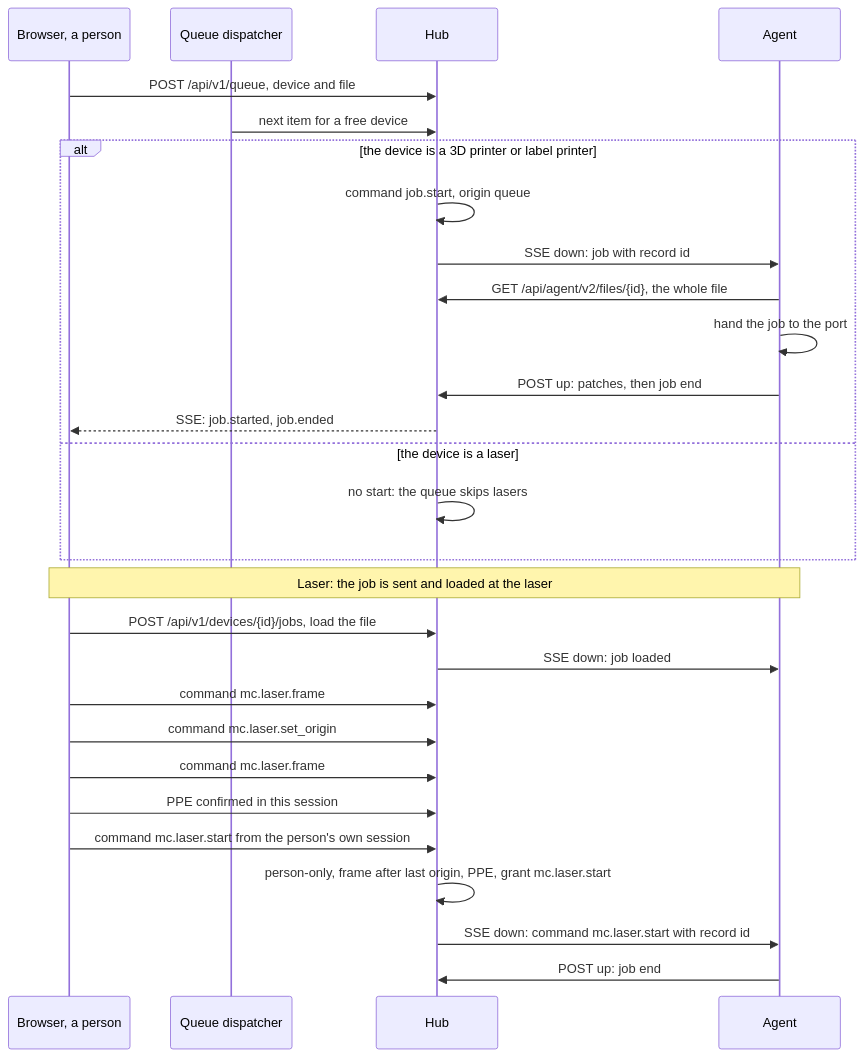
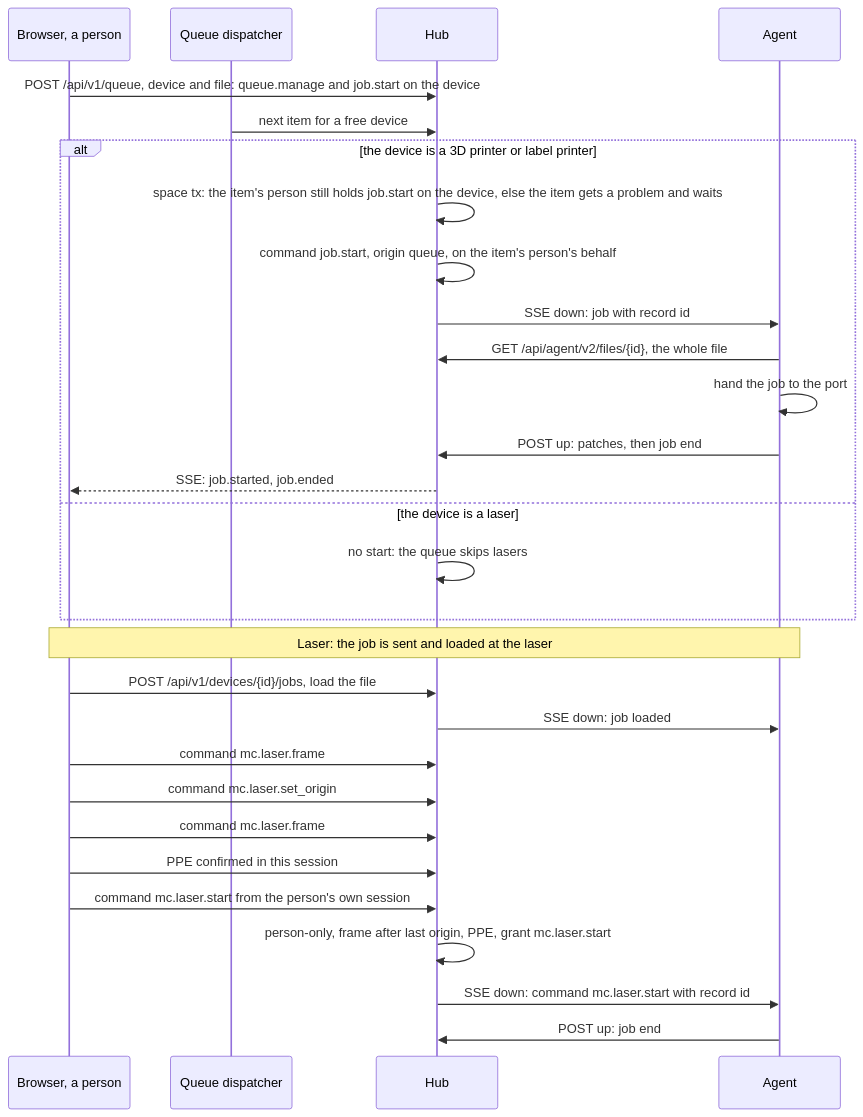
One commit to CuriousTimo/Maker-Connect changed the fourth of 9 diagrams in docs/design/flows.md. Above: the diagram before and after it, drawn with Mermaid. The commit also changed other lines of this file and 6 other files, not shown here.

````diff
--- a/docs/design/flows.md
+++ b/docs/design/flows.md
@@ -120,30 +126,31 @@
 ```mermaid
 sequenceDiagram
   participant B as Browser, a person
   participant Q as Queue dispatcher
   participant H as Hub
   participant A as Agent
-  B->>H: POST /api/v1/queue, device and file
+  B->>H: POST /api/v1/queue, device and file: queue.manage and job.start on the device
   Q->>H: next item for a free device
   alt the device is a 3D printer or label printer
-    H->>H: command job.start, origin queue
+    H->>H: space tx: the item's person still holds job.start on the device, else the item gets a problem and waits
+    H->>H: command job.start, origin queue, on the item's person's behalf
     H->>A: SSE down: job with record id
     A->>H: GET /api/agent/v2/files/{id}, the whole file
     A->>A: hand the job to the port
     A->>H: POST up: patches, then job end
     H-->>B: SSE: job.started, job.ended
   else the device is a laser
     H->>H: no start: the queue skips lasers
   end
   Note over B,A: Laser: the job is sent and loaded at the laser
   B->>H: POST /api/v1/devices/{id}/jobs, load the file
   H->>A: SSE down: job loaded
   B->>H: command mc.laser.frame
   B->>H: command mc.laser.set_origin
   B->>H: command mc.laser.frame
   B->>H: PPE confirmed in this session
   B->>H: command mc.laser.start from the person's own session
   H->>H: person-only, frame after last origin, PPE, grant mc.laser.start
   H->>A: SSE down: command mc.laser.start with record id
   A->>H: POST up: job end
 ```
````
